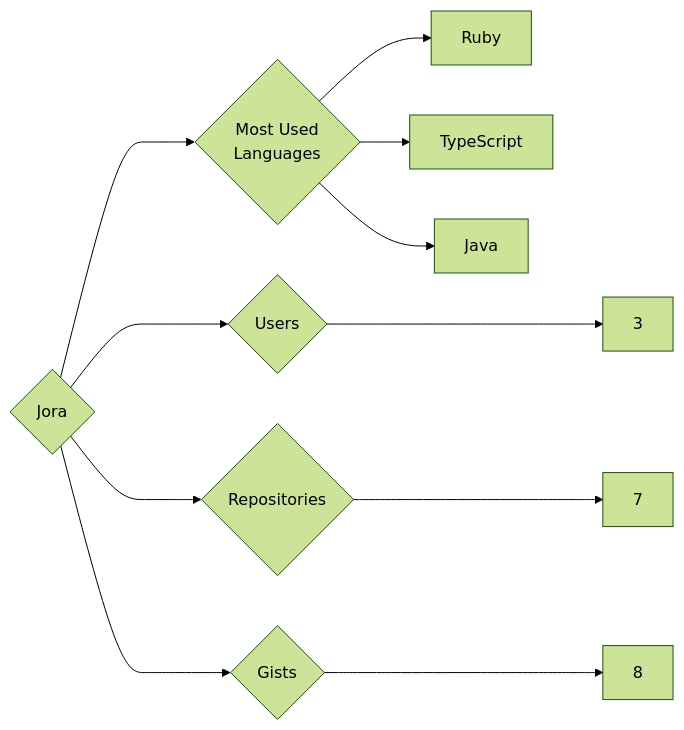
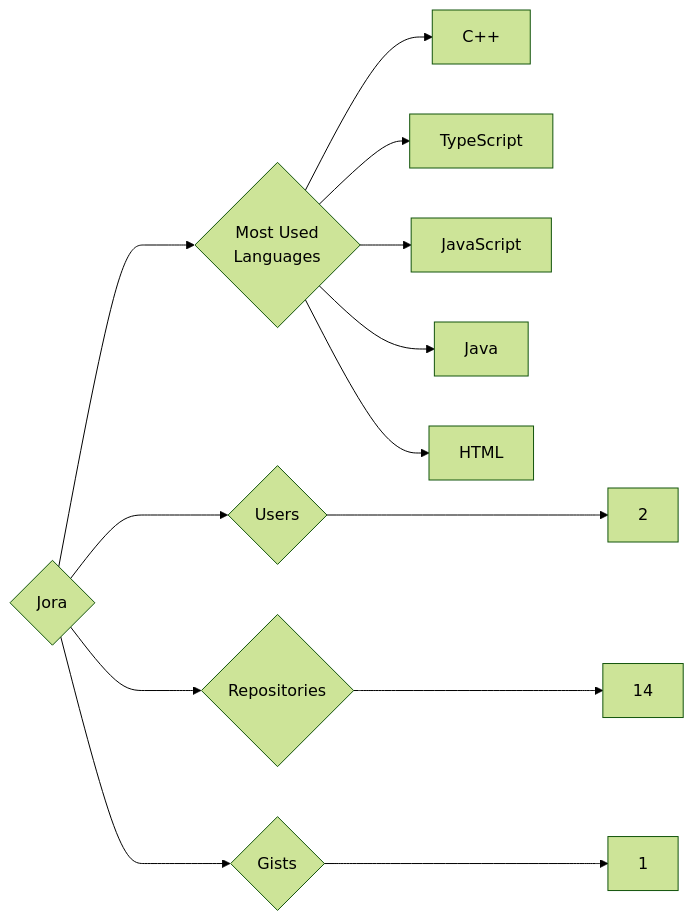
One commit to trickest/insiders changed the diagram in targets/Jora/README.md. Above: the diagram before and after it, drawn with Mermaid (forest theme). The commit also changed 1248 other files, not shown here.

````diff
--- a/targets/Jora/README.md
+++ b/targets/Jora/README.md
@@ -3,11 +3,13 @@
 ```mermaid
 graph LR
 COMPANY_NAME{Jora}
-COMPANY_NAME ---> U{Users} ---> UN[3]
-COMPANY_NAME ---> R{Repositories} ---> RN[7]
-COMPANY_NAME ---> G{Gists} ---> GN[8]
+COMPANY_NAME ---> U{Users} ---> UN[2]
+COMPANY_NAME ---> R{Repositories} ---> RN[14]
+COMPANY_NAME ---> G{Gists} ---> GN[1]
 COMPANY_NAME ---> ML{Most Used<br>Languages}
-ML --> Ruby[Ruby]
+ML --> C++[C++]
 ML --> TypeScript[TypeScript]
+ML --> JavaScript[JavaScript]
 ML --> Java[Java]
+ML --> HTML[HTML]
 ```
````
